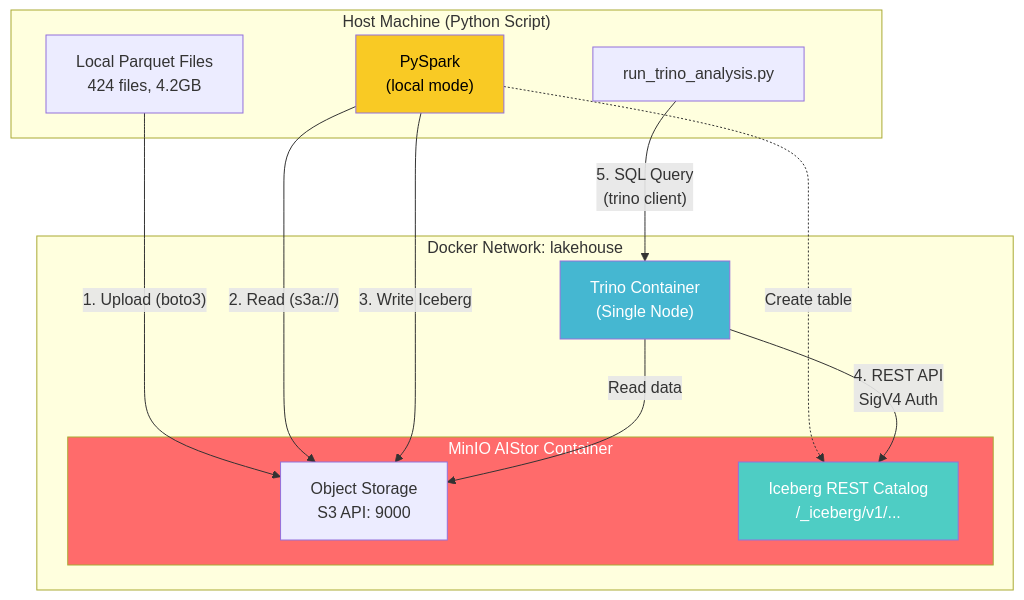
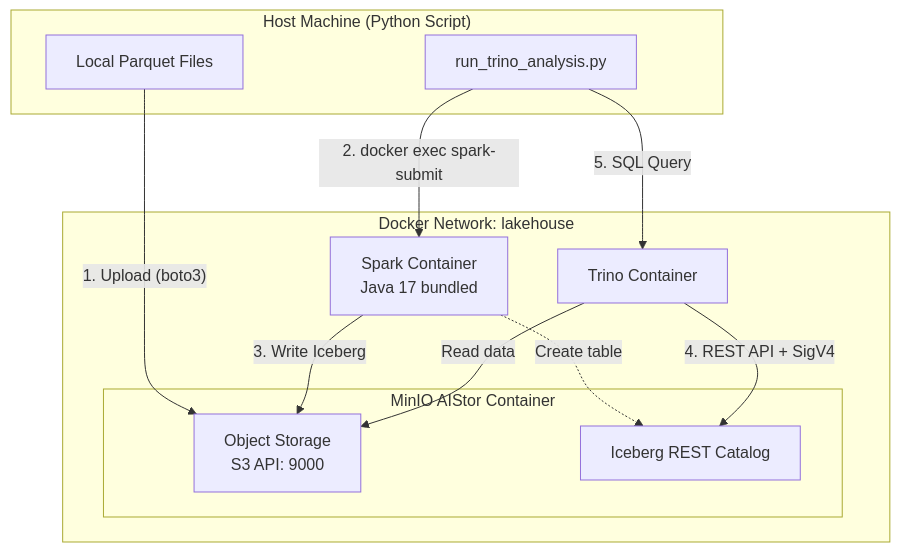
The diagram in aistor-tables-analysis/README.md (vb140772/aistor_and_lakehouse), drawn with Mermaid before and after one commit. The commit also changed other lines of this file and 4 other files, not shown here.

````diff
--- a/aistor-tables-analysis/README.md
+++ b/aistor-tables-analysis/README.md
@@ -66,32 +67,27 @@
 ```mermaid
 flowchart TB
     subgraph Local["Host Machine (Python Script)"]
         Script["run_trino_analysis.py"]
-        Files["Local Parquet Files<br/>424 files, 4.2GB"]
-        Spark["PySpark<br/>(local mode)"]
+        Files["Local Parquet Files"]
     end
 
     subgraph Docker["Docker Network: lakehouse"]
         subgraph MinIO["MinIO AIStor Container"]
             Storage["Object Storage<br/>S3 API: 9000"]
-            Catalog["Iceberg REST Catalog<br/>/_iceberg/v1/..."]
+            Catalog["Iceberg REST Catalog"]
         end
         
-        Trino["Trino Container<br/>(Single Node)"]
+        Spark["Spark Container<br/>Java 17 bundled"]
+        Trino["Trino Container"]
     end
 
     Files -->|"1. Upload (boto3)"| Storage
-    Spark -->|"2. Read (s3a://)"| Storage
+    Script -->|"2. docker exec spark-submit"| Spark
     Spark -->|"3. Write Iceberg"| Storage
     Spark -.->|"Create table"| Catalog
     
-    Trino -->|"4. REST API<br/>SigV4 Auth"| Catalog
+    Trino -->|"4. REST API + SigV4"| Catalog
     Trino -->|"Read data"| Storage
     
-    Script -->|"5. SQL Query<br/>(trino client)"| Trino
-
-    style MinIO fill:#ff6b6b,color:#fff
-    style Catalog fill:#4ecdc4,color:#fff
-    style Trino fill:#45b7d1,color:#fff
-    style Spark fill:#f9ca24,color:#000
+    Script -->|"5. SQL Query"| Trino
 ```
````
